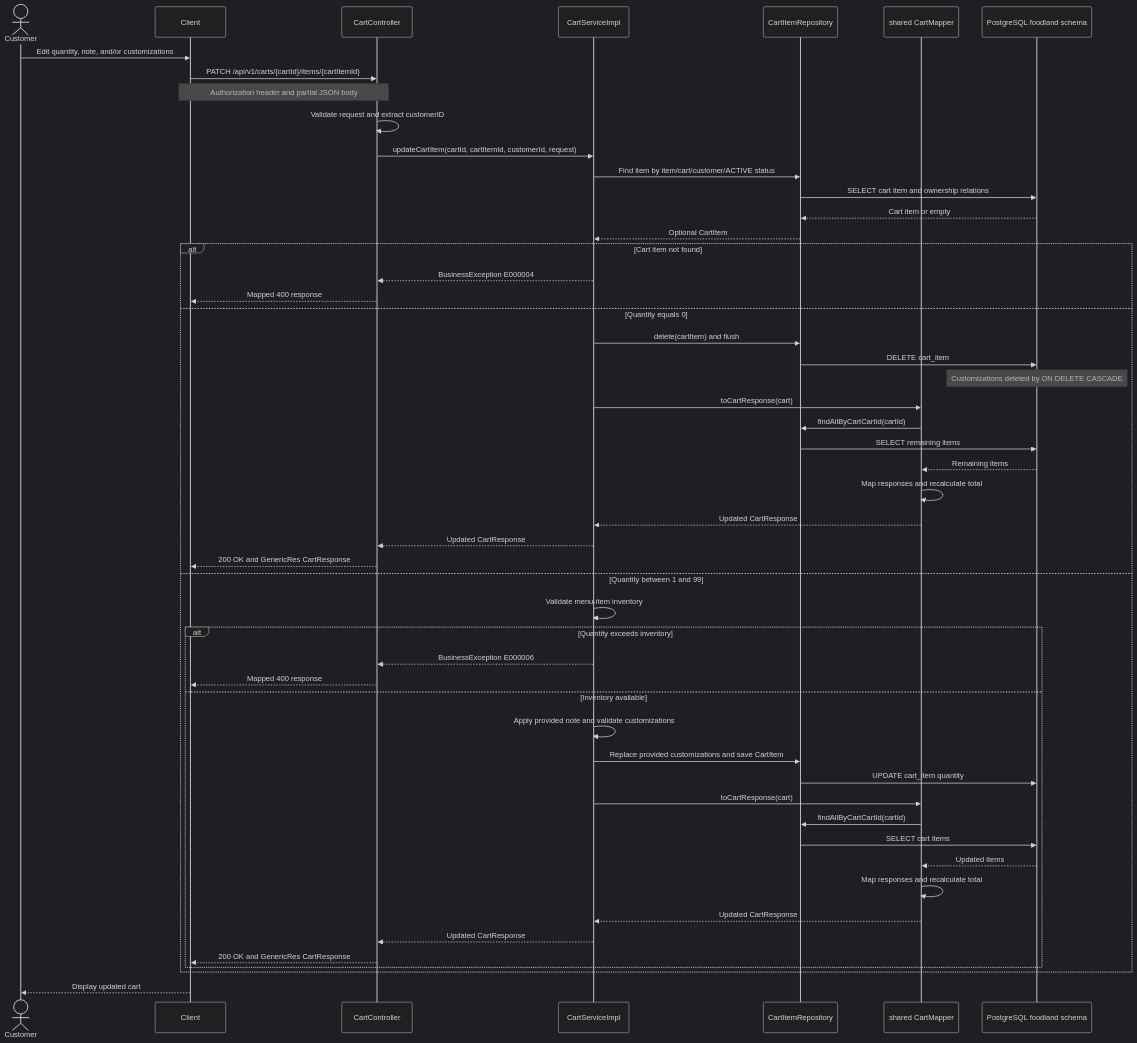
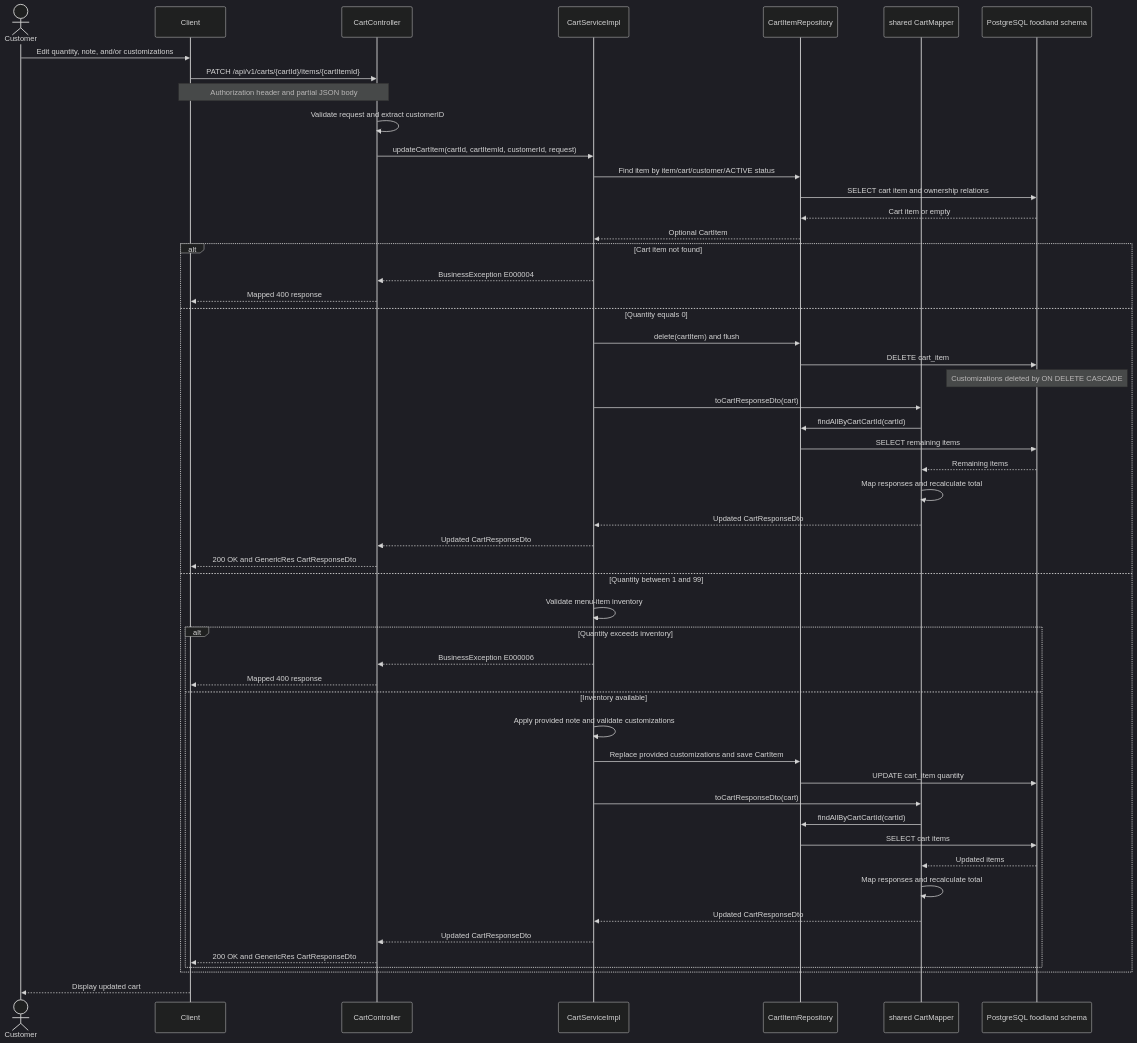
Before and after one commit to moGaara/foodLane: the diagram in design/cartModule/modify/Update-Cart-Item-Sequence.md, drawn with Mermaid (dark theme). The commit also changed 10 other files, not shown here.

Commit message:
refactor cart update to use shared response mapper

````diff
--- a/design/cartModule/modify/Update-Cart-Item-Sequence.md
+++ b/design/cartModule/modify/Update-Cart-Item-Sequence.md
@@ -3,57 +3,57 @@
 ```mermaid
 sequenceDiagram
     actor Customer
     participant Client
     participant Controller as CartController
     participant Service as CartServiceImpl
     participant Repository as CartItemRepository
     participant Mapper as shared CartMapper
     participant DB as PostgreSQL foodland schema
 
     Customer->>Client: Edit quantity, note, and/or customizations
     Client->>Controller: PATCH /api/v1/carts/{cartId}/items/{cartItemId}
     Note over Client,Controller: Authorization header and partial JSON body
     Controller->>Controller: Validate request and extract customerID
     Controller->>Service: updateCartItem(cartId, cartItemId, customerId, request)
     Service->>Repository: Find item by item/cart/customer/ACTIVE status
     Repository->>DB: SELECT cart item and ownership relations
     DB-->>Repository: Cart item or empty
     Repository-->>Service: Optional CartItem
 
     alt Cart item not found
         Service-->>Controller: BusinessException E000004
         Controller-->>Client: Mapped 400 response
     else Quantity equals 0
         Service->>Repository: delete(cartItem) and flush
         Repository->>DB: DELETE cart_item
         Note over DB: Customizations deleted by ON DELETE CASCADE
-        Service->>Mapper: toCartResponse(cart)
+        Service->>Mapper: toCartResponseDto(cart)
         Mapper->>Repository: findAllByCartCartId(cartId)
         Repository->>DB: SELECT remaining items
         DB-->>Mapper: Remaining items
         Mapper->>Mapper: Map responses and recalculate total
-        Mapper-->>Service: Updated CartResponse
-        Service-->>Controller: Updated CartResponse
-        Controller-->>Client: 200 OK and GenericRes CartResponse
+        Mapper-->>Service: Updated CartResponseDto
+        Service-->>Controller: Updated CartResponseDto
+        Controller-->>Client: 200 OK and GenericRes CartResponseDto
     else Quantity between 1 and 99
         Service->>Service: Validate menu-item inventory
         alt Quantity exceeds inventory
             Service-->>Controller: BusinessException E000006
             Controller-->>Client: Mapped 400 response
         else Inventory available
             Service->>Service: Apply provided note and validate customizations
             Service->>Repository: Replace provided customizations and save CartItem
             Repository->>DB: UPDATE cart_item quantity
-            Service->>Mapper: toCartResponse(cart)
+            Service->>Mapper: toCartResponseDto(cart)
             Mapper->>Repository: findAllByCartCartId(cartId)
             Repository->>DB: SELECT cart items
             DB-->>Mapper: Updated items
             Mapper->>Mapper: Map responses and recalculate total
-            Mapper-->>Service: Updated CartResponse
-            Service-->>Controller: Updated CartResponse
-            Controller-->>Client: 200 OK and GenericRes CartResponse
+            Mapper-->>Service: Updated CartResponseDto
+            Service-->>Controller: Updated CartResponseDto
+            Controller-->>Client: 200 OK and GenericRes CartResponseDto
         end
     end
 
     Client-->>Customer: Display updated cart
 ```
````
